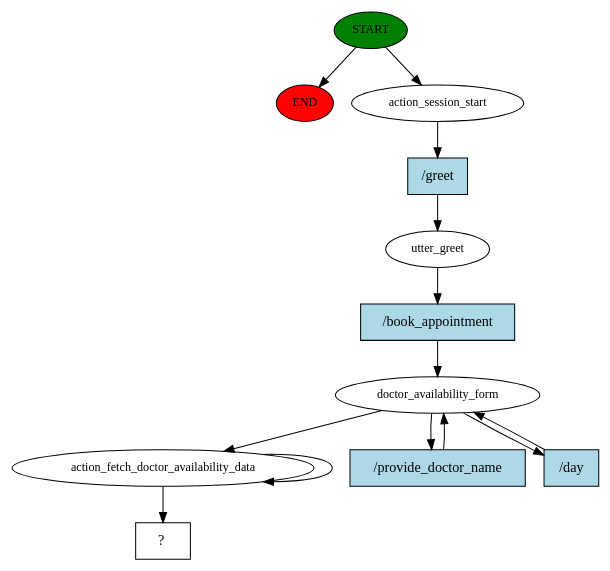
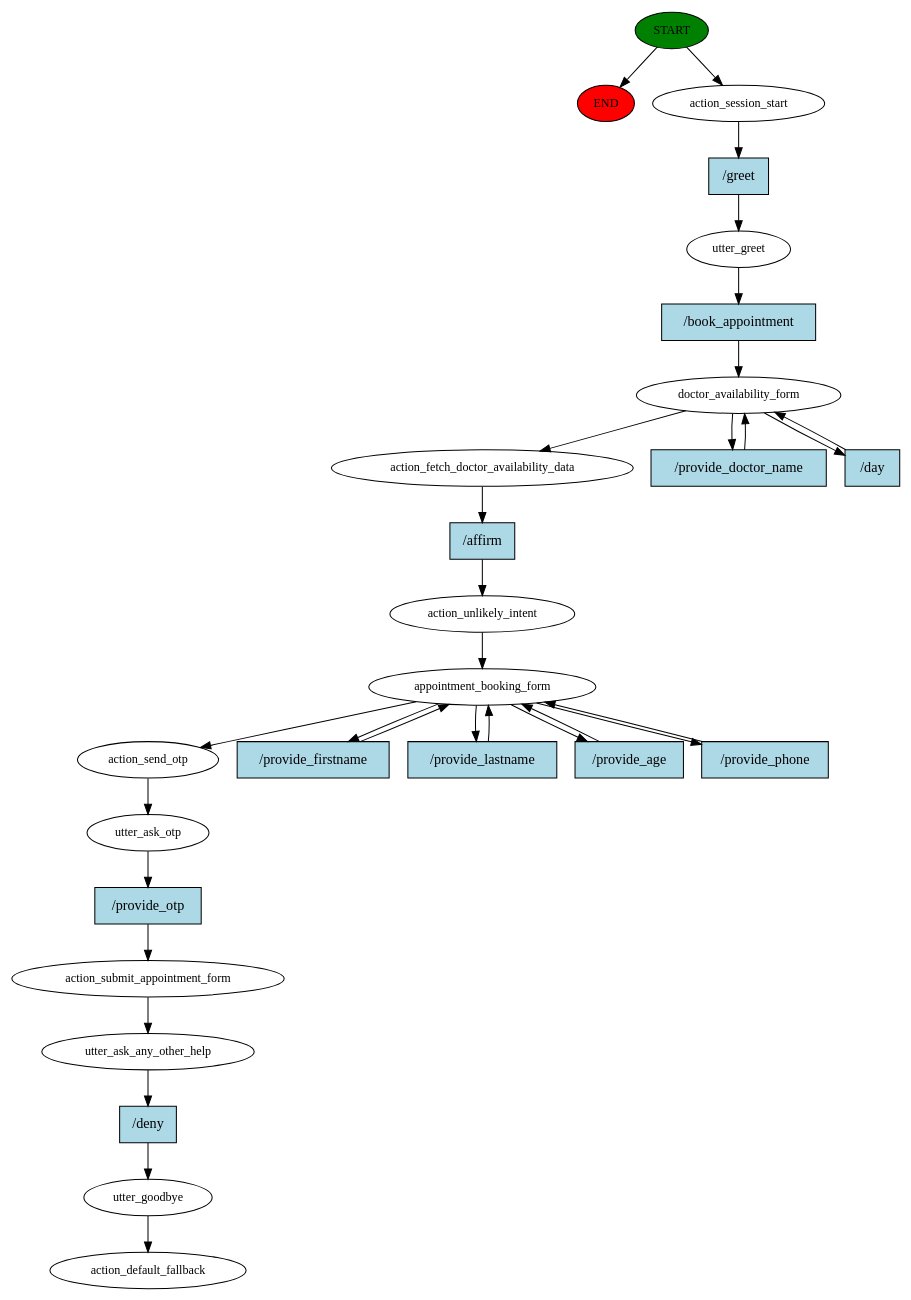
The diagram in story_graph.dot (jathushan-r/MediCareBuddy), drawn with Graphviz before and after one commit. The commit also changed 24 other files, not shown here.

```diff
--- a/story_graph.dot
+++ b/story_graph.dot
@@ -1,26 +1,57 @@
 digraph  {
 0 [class="start active", fillcolor=green, fontsize=12, label=START, style=filled];
 "-1" [class=end, fillcolor=red, fontsize=12, label=END, style=filled];
 1 [class=active, fontsize=12, label=action_session_start];
 2 [class=active, fontsize=12, label=utter_greet];
 3 [class=active, fontsize=12, label=doctor_availability_form];
 6 [class=active, fontsize=12, label=action_fetch_doctor_availability_data];
-12 [class="intent dashed active", label="  ?  ", shape=rect];
-13 [class="intent active", fillcolor=lightblue, label="/greet", shape=rect, style=filled];
-14 [class="intent active", fillcolor=lightblue, label="/book_appointment", shape=rect, style=filled];
-15 [class="intent active", fillcolor=lightblue, label="/provide_doctor_name", shape=rect, style=filled];
-16 [class="intent active", fillcolor=lightblue, label="/day", shape=rect, style=filled];
+7 [class=active, fontsize=12, label=action_unlikely_intent];
+8 [class=active, fontsize=12, label=appointment_booking_form];
+13 [class=active, fontsize=12, label=action_send_otp];
+14 [class=active, fontsize=12, label=utter_ask_otp];
+15 [class=active, fontsize=12, label=action_submit_appointment_form];
+16 [class=active, fontsize=12, label=utter_ask_any_other_help];
+17 [class=active, fontsize=12, label=utter_goodbye];
+18 [class="dashed active", fontsize=12, label=action_default_fallback];
+19 [class="intent active", fillcolor=lightblue, label="/greet", shape=rect, style=filled];
+20 [class="intent active", fillcolor=lightblue, label="/book_appointment", shape=rect, style=filled];
+21 [class="intent active", fillcolor=lightblue, label="/provide_doctor_name", shape=rect, style=filled];
+22 [class="intent active", fillcolor=lightblue, label="/day", shape=rect, style=filled];
+23 [class="intent active", fillcolor=lightblue, label="/affirm", shape=rect, style=filled];
+24 [class="intent active", fillcolor=lightblue, label="/provide_firstname", shape=rect, style=filled];
+25 [class="intent active", fillcolor=lightblue, label="/provide_lastname", shape=rect, style=filled];
+26 [class="intent active", fillcolor=lightblue, label="/provide_age", shape=rect, style=filled];
+27 [class="intent active", fillcolor=lightblue, label="/provide_phone", shape=rect, style=filled];
+28 [class="intent active", fillcolor=lightblue, label="/provide_otp", shape=rect, style=filled];
+29 [class="intent active", fillcolor=lightblue, label="/deny", shape=rect, style=filled];
 0 -> "-1"  [class="", key=NONE, label=""];
 0 -> 1  [class=active, key=NONE, label=""];
-1 -> 13  [class=active, key=0];
-2 -> 14  [class=active, key=0];
+1 -> 19  [class=active, key=0];
+2 -> 20  [class=active, key=0];
 3 -> 6  [class=active, key=NONE, label=""];
-3 -> 15  [class=active, key=0];
-3 -> 16  [class=active, key=0];
-6 -> 6  [class=active, key=NONE, label=""];
-6 -> 12  [class=active, key=NONE, label=""];
-13 -> 2  [class=active, key=0];
-14 -> 3  [class=active, key=0];
-15 -> 3  [class=active, key=0];
-16 -> 3  [class=active, key=0];
+3 -> 21  [class=active, key=0];
+3 -> 22  [class=active, key=0];
+6 -> 23  [class=active, key=0];
+7 -> 8  [class=active, key=NONE, label=""];
+8 -> 13  [class=active, key=NONE, label=""];
+8 -> 24  [class=active, key=0];
+8 -> 25  [class=active, key=0];
+8 -> 26  [class=active, key=0];
+8 -> 27  [class=active, key=0];
+13 -> 14  [class=active, key=NONE, label=""];
+14 -> 28  [class=active, key=0];
+15 -> 16  [class=active, key=NONE, label=""];
+16 -> 29  [class=active, key=0];
+17 -> 18  [class=active, key=NONE, label=""];
+19 -> 2  [class=active, key=0];
+20 -> 3  [class=active, key=0];
+21 -> 3  [class=active, key=0];
+22 -> 3  [class=active, key=0];
+23 -> 7  [class=active, key=0];
+24 -> 8  [class=active, key=0];
+25 -> 8  [class=active, key=0];
+26 -> 8  [class=active, key=0];
+27 -> 8  [class=active, key=0];
+28 -> 15  [class=active, key=0];
+29 -> 17  [class=active, key=0];
 }
```
